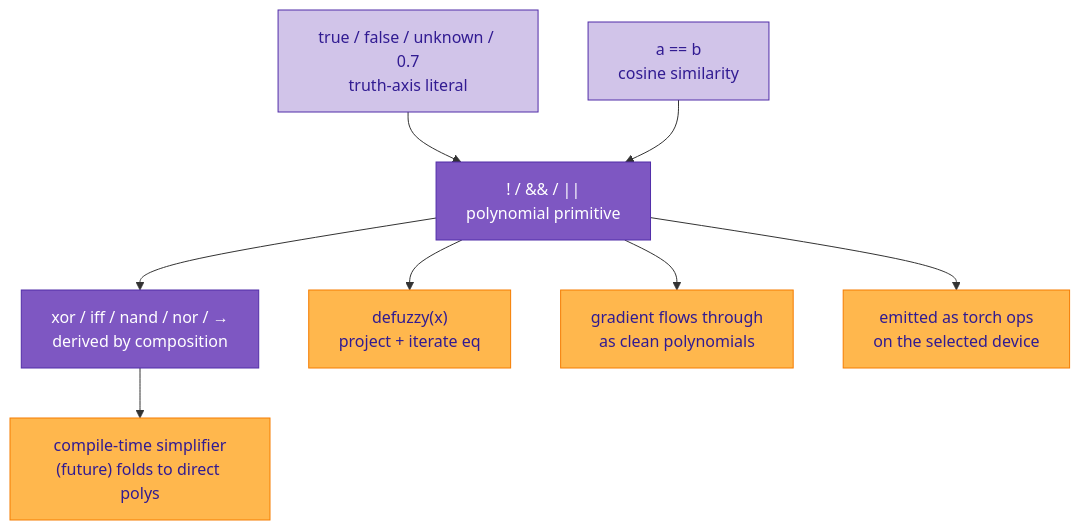
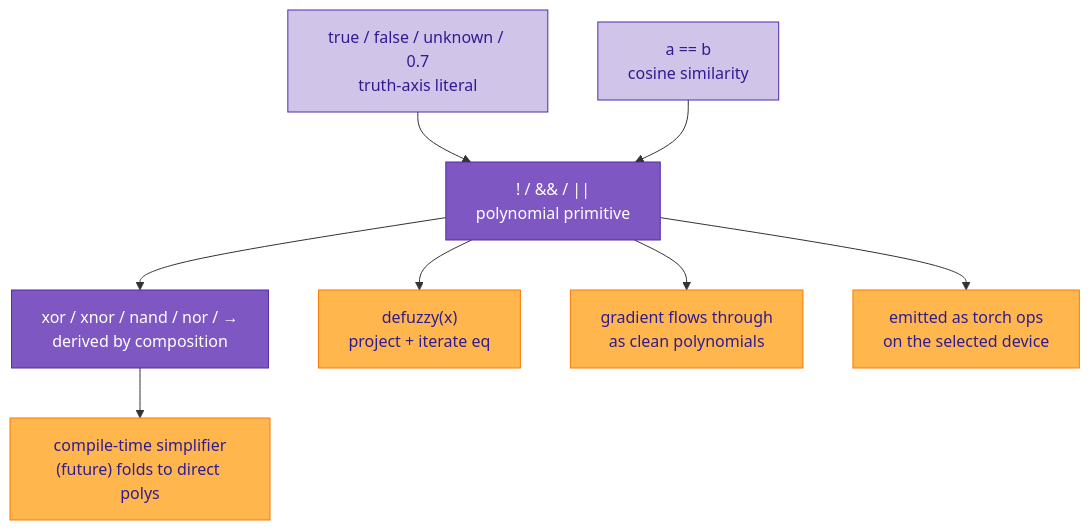
One commit to EmmaLeonhart/Sutra changed the fourth of 4 diagrams in docs/logical-operations.md. Above: the diagram before and after it, drawn with Mermaid. The commit also changed other lines of this file and 14 other files, not shown here.

````diff
--- a/docs/logical-operations.md
+++ b/docs/logical-operations.md
@@ -305,26 +305,26 @@
 ```mermaid
 graph TB
     LIT["true / false / unknown / 0.7<br/>truth-axis literal"]
     OP["! / && / ||<br/>polynomial primitive"]
-    DER["xor / iff / nand / nor / →<br/>derived by composition"]
+    DER["xor / xnor / nand / nor / →<br/>derived by composition"]
     SIMP["compile-time simplifier<br/>(future) folds to direct polys"]
     EQ["a == b<br/>cosine similarity"]
     DEF["defuzzy(x)<br/>project + iterate eq"]
     GRAD["gradient flows through<br/>as clean polynomials"]
     CUDA["emitted as torch ops<br/>on the selected device"]
 
     LIT --> OP
     OP --> DER
     DER --> SIMP
     EQ --> OP
     OP --> DEF
     OP --> GRAD
     OP --> CUDA
 
     classDef input fill:#d1c4e9,color:#311b92,stroke:#512da8
     classDef op fill:#7e57c2,color:#fff,stroke:#512da8
     classDef down fill:#ffb74d,color:#311b92,stroke:#f57c00
     class LIT,EQ input
     class OP,DER op
     class SIMP,DEF,GRAD,CUDA down
 ```
````
